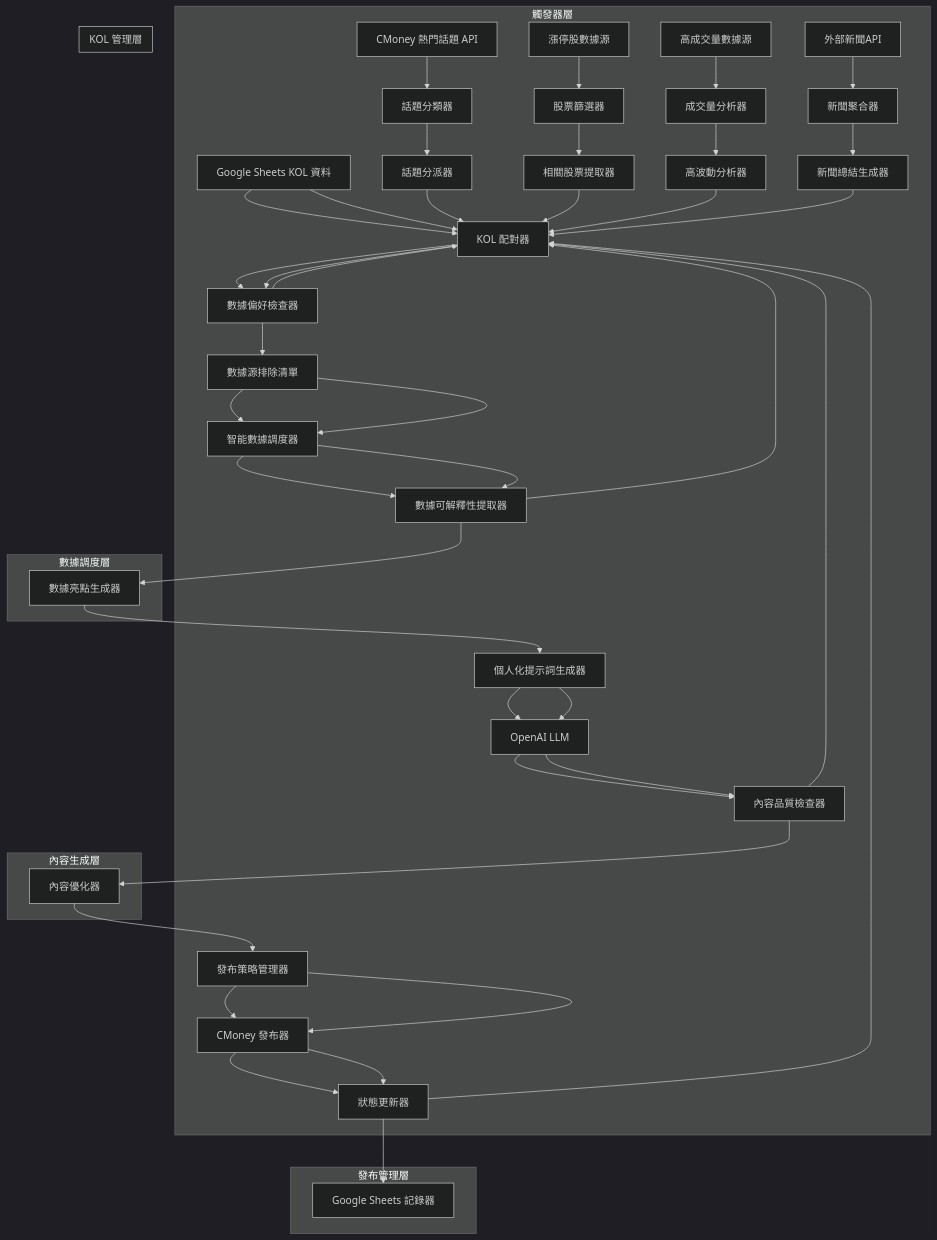
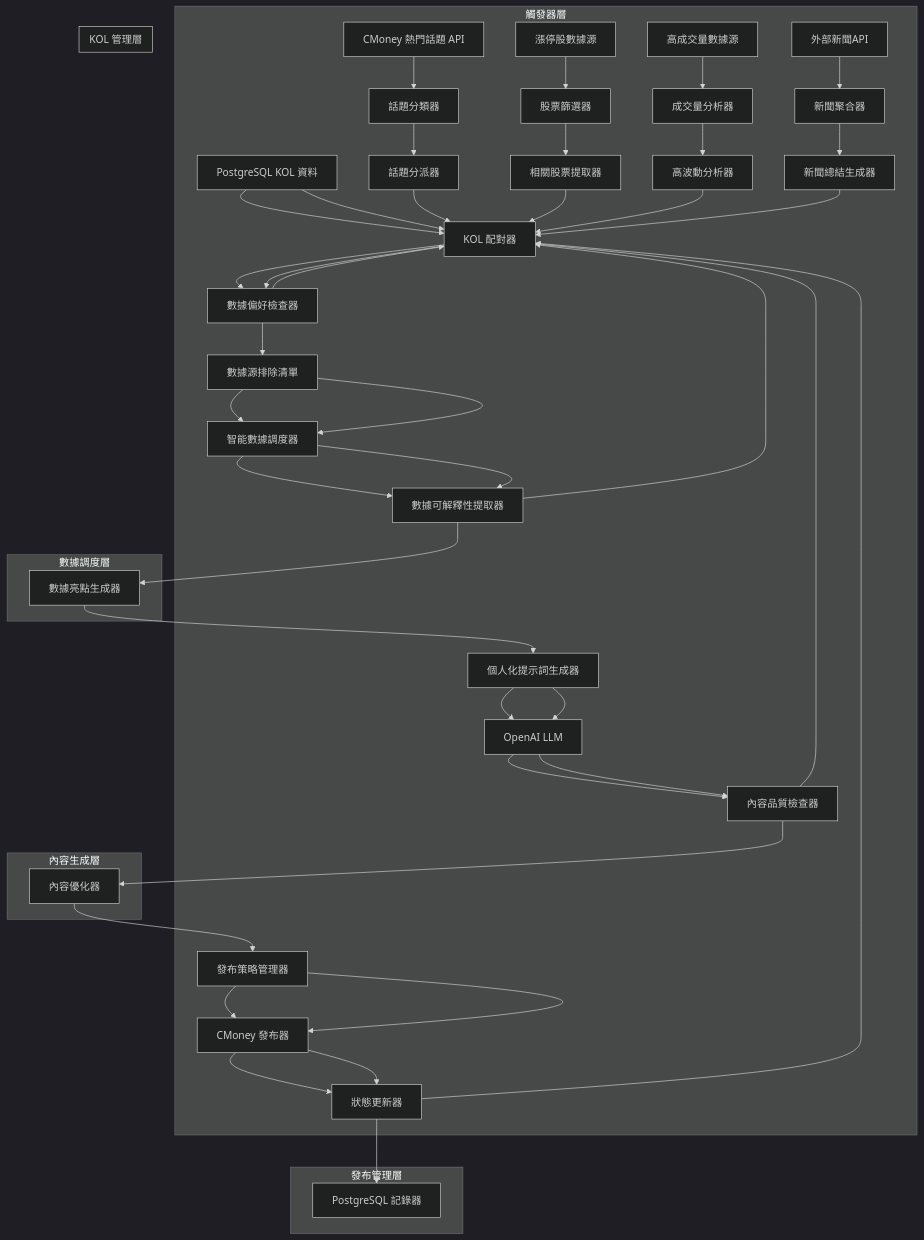
Before and after one commit to hihihowru/forum_autoposter: the second of 6 diagrams in gitbook-docs/1-AI系統概覽/1.2-系統架構與AI流程.md, drawn with Mermaid (dark theme). The commit also changed other lines of this file and 451 other files, not shown here.

````diff
--- a/gitbook-docs/1-AI系統概覽/1.2-系統架構與AI流程.md
+++ b/gitbook-docs/1-AI系統概覽/1.2-系統架構與AI流程.md
@@ -48,56 +48,56 @@
 ```mermaid
 graph TD
     subgraph "觸發器層"
         A1[CMoney 熱門話題 API] --> A2[話題分類器]
         A2 --> A3[話題分派器]
         B1[漲停股數據源] --> B2[股票篩選器]
         B2 --> B3[相關股票提取器]
         C1[熱門股數據源] --> C2[熱門股篩選器]
         C2 --> C3[熱門股分析器]
         D1[產業類股數據源] --> D2[產業分析器]
         D2 --> D3[漲跌總評生成器]
         E1[台指期數據源] --> E2[期貨分析器]
         E2 --> E3[盤後分析生成器]
         F1[月營收數據源] --> F2[營收分析器]
         F2 --> F3[公告內容生成器]
         G1[高成交量數據源] --> G2[成交量分析器]
         G2 --> G3[高波動分析器]
         H1[外部新聞API] --> H2[新聞聚合器]
         H2 --> H3[新聞總結生成器]
     end
     
     subgraph "KOL 管理層"
-        C1[Google Sheets KOL 資料] --> C2[KOL 配對器]
+        C1[PostgreSQL KOL 資料] --> C2[KOL 配對器]
         C2 --> C3[數據偏好檢查器]
     end
     
     subgraph "數據調度層"
         D1[數據源排除清單] --> D2[智能數據調度器]
         D2 --> D3[數據可解釋性提取器]
         D3 --> D4[數據亮點生成器]
     end
     
     subgraph "內容生成層"
         E1[個人化提示詞生成器] --> E2[OpenAI LLM]
         E2 --> E3[內容品質檢查器]
         E3 --> E4[內容優化器]
     end
     
     subgraph "發布管理層"
         F1[發布策略管理器] --> F2[CMoney 發布器]
         F2 --> F3[狀態更新器]
-        F3 --> F4[Google Sheets 記錄器]
+        F3 --> F4[PostgreSQL 記錄器]
     end
     
     A3 --> C2
     B3 --> C2
     C3 --> C2
     D3 --> C2
     E3 --> C2
     F3 --> C2
     G3 --> C2
     H3 --> C2
     C3 --> D1
     D4 --> E1
     E4 --> F1
 ```
````
